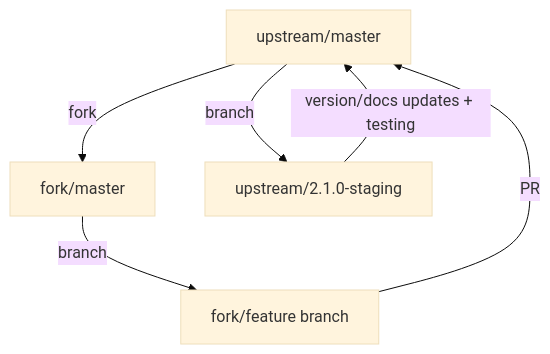
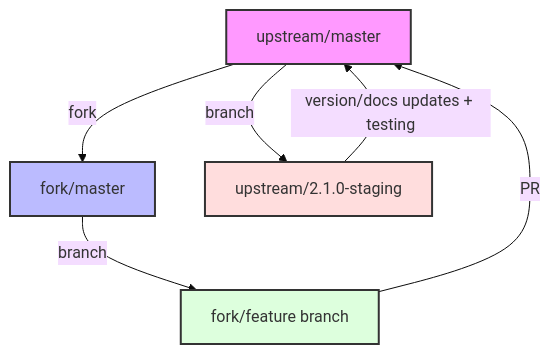
The diagram in docs/development.md (libnano/primer3-py), drawn with Mermaid (base theme) before and after one commit. The commit also changed other lines of this file and 2 other files, not shown here.

````diff
--- a/docs/development.md
+++ b/docs/development.md
@@ -58,8 +63,14 @@
 ```mermaid
 graph TD
     A[upstream/master] -->|fork| B[fork/master]
     B -->|branch| C[fork/feature branch]
     C -->|PR| A
     A -->|branch| D[upstream/2.1.0-staging]
-    D -->|"version/docs updates + testing"| A
+    D -->|version/docs updates + testing| A
+
+    %% Styling
+    style A fill:#f9f,stroke:#333,stroke-width:2px
+    style B fill:#bbf,stroke:#333,stroke-width:2px
+    style C fill:#dfd,stroke:#333,stroke-width:2px
+    style D fill:#fdd,stroke:#333,stroke-width:2px
 ```
````
